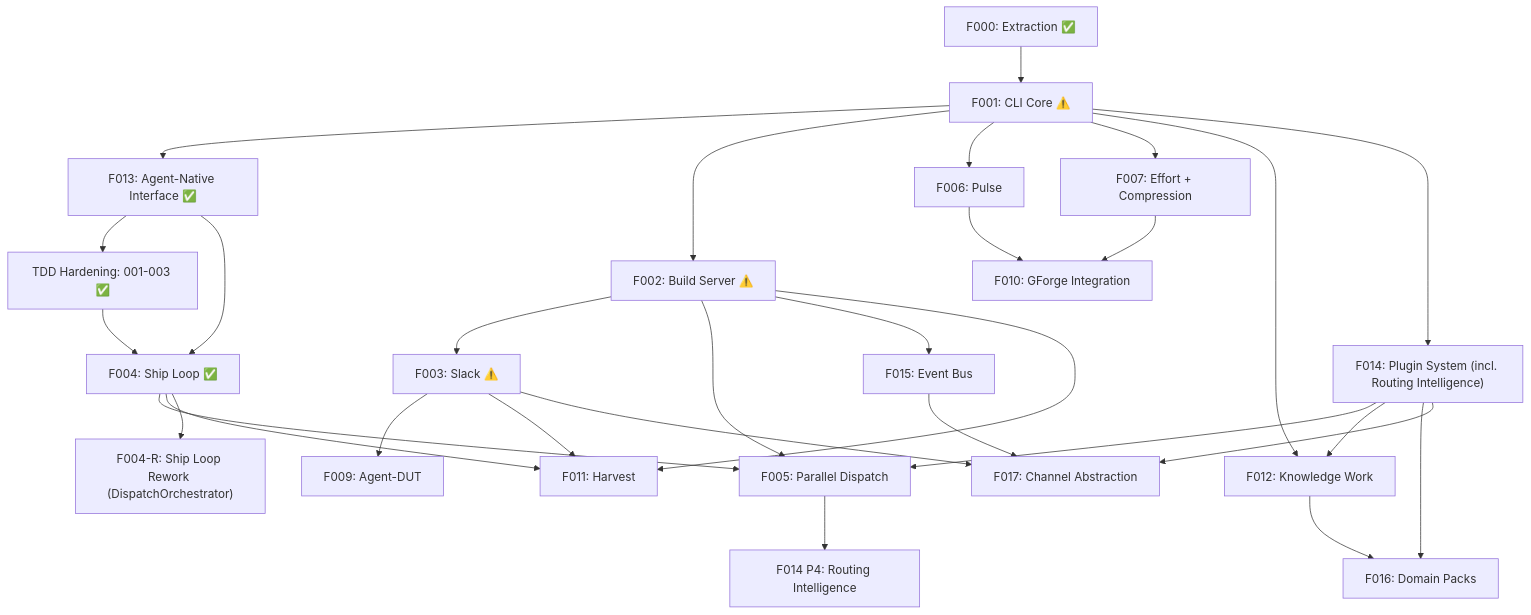
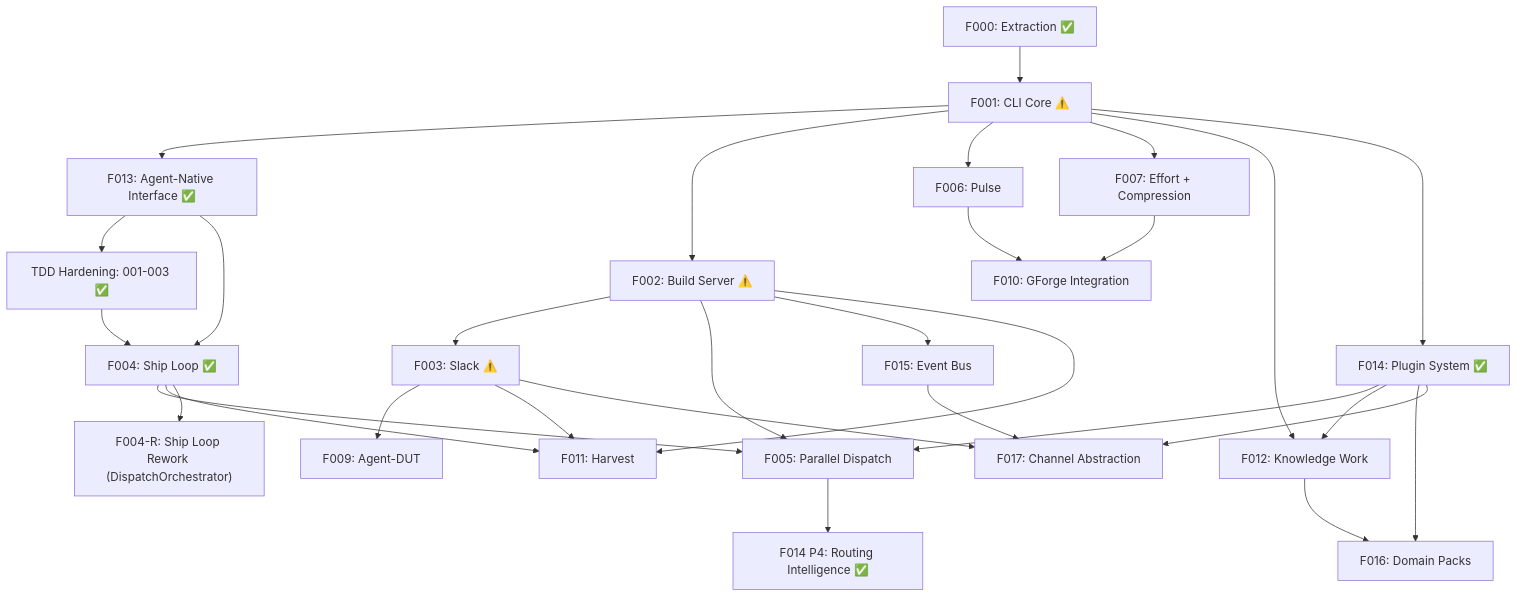
One commit to gforge-esc/gwrk changed the first of 2 diagrams in specs/000-build-plan.md. Above: the diagram before and after it, drawn with Mermaid. The commit also changed other lines of this file, not shown here.

Commit message:
docs: mark F014 plugin system as complete in build plan

````diff
--- a/specs/000-build-plan.md
+++ b/specs/000-build-plan.md
@@ -24,32 +24,32 @@
 ```mermaid
 graph TD
     F000["F000: Extraction ✅"] --> F001["F001: CLI Core ⚠️"]
     F001 --> F013["F013: Agent-Native Interface ✅"]
     F001 --> F002["F002: Build Server ⚠️"]
     F001 --> F006["F006: Pulse"]
     F001 --> F007["F007: Effort + Compression"]
     F001 --> F012["F012: Knowledge Work"]
-    F001 --> F014["F014: Plugin System (incl. Routing Intelligence)"]
+    F001 --> F014["F014: Plugin System ✅"]
     F002 --> F003["F003: Slack ⚠️"]
     F002 --> F005["F005: Parallel Dispatch"]
     F002 --> F015["F015: Event Bus"]
     F013 --> TDD["TDD Hardening: 001-003 ✅"]
     F013 --> F004["F004: Ship Loop ✅"]
     TDD --> F004
     F004 --> F005
     F004 --> F011["F011: Harvest"]
     F004 --> F004R["F004-R: Ship Loop Rework (DispatchOrchestrator)"]
     F014 --> F005
     F014 --> F012
     F014 --> F016["F016: Domain Packs"]
     F014 --> F017["F017: Channel Abstraction"]
     F003 --> F009["F009: Agent-DUT"]
     F003 --> F011
     F002 --> F011
     F006 --> F010["F010: GForge Integration"]
     F007 --> F010
     F015 --> F017
     F003 --> F017
     F012 --> F016
-    F005 --> F014P4["F014 P4: Routing Intelligence"]
+    F005 --> F014P4["F014 P4: Routing Intelligence ✅"]
 ```
````
